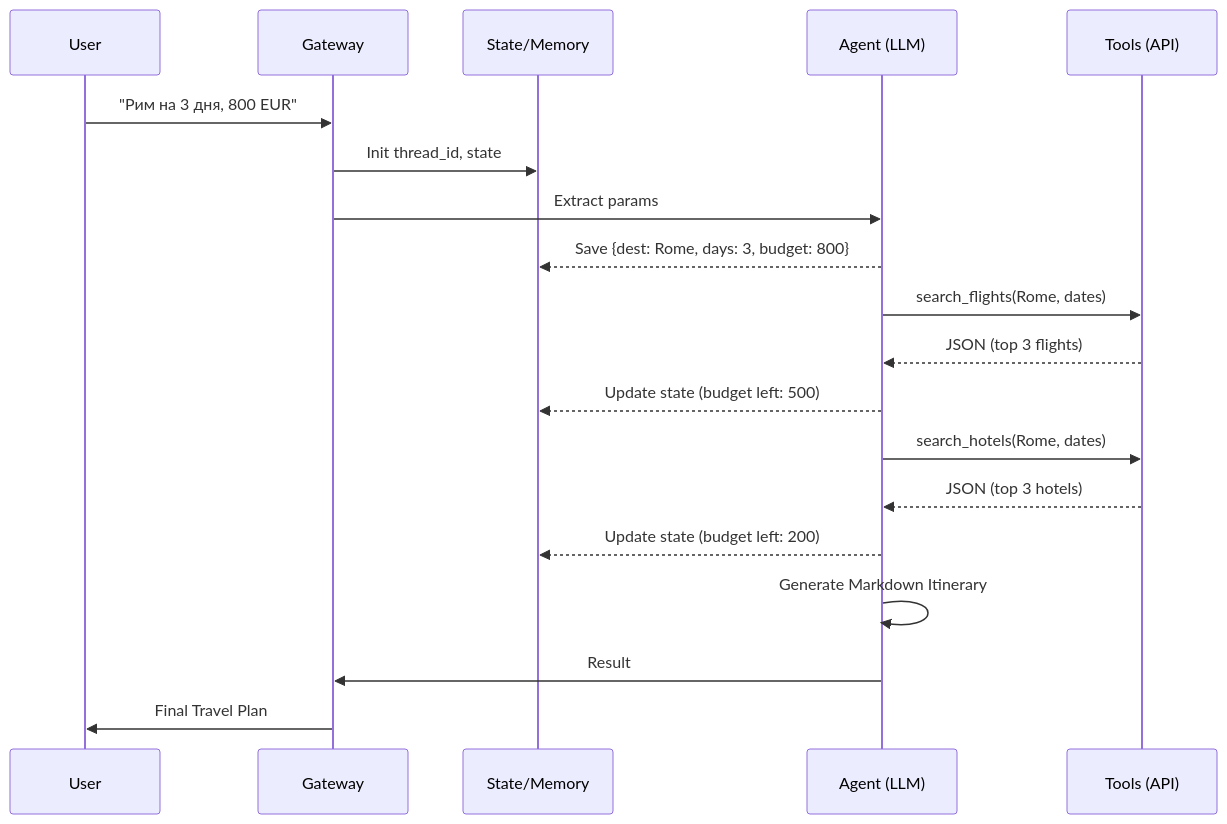
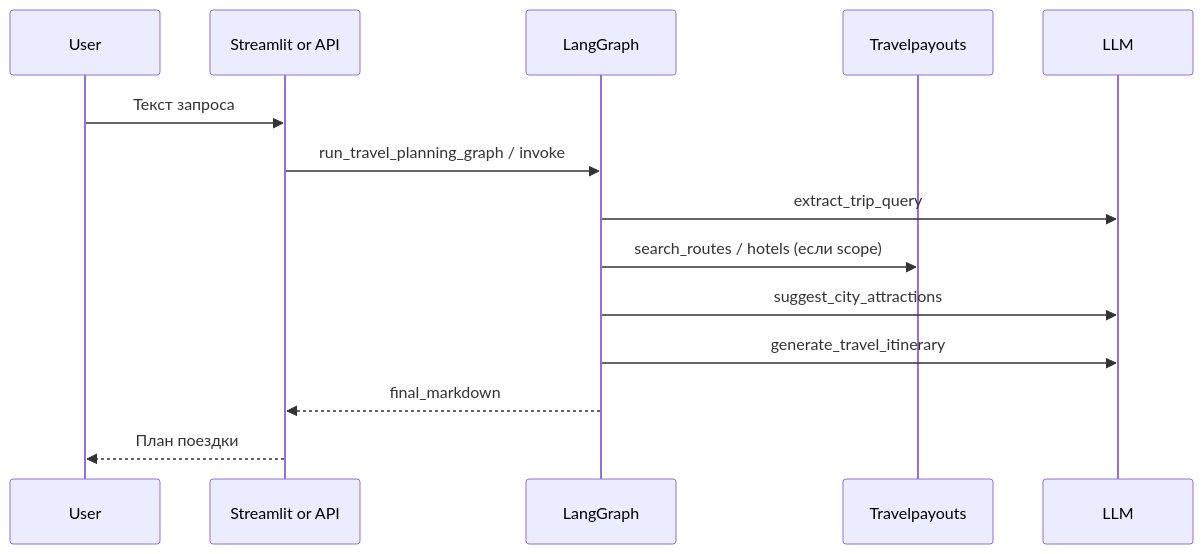
Before and after one commit to nastyakon14/AI_Travel_Planning_Agent: the diagram in docs/diagrams/data-flow.mmd, drawn with Mermaid. The commit also changed 42 other files, not shown here.

```diff
--- a/docs/diagrams/data-flow.mmd
+++ b/docs/diagrams/data-flow.mmd
@@ -1,20 +1,15 @@
 sequenceDiagram
     participant U as User
-    participant G as Gateway
-    participant S as State/Memory
-    participant A as Agent (LLM)
-    participant T as Tools (API)
+    participant App as Streamlit or API
+    participant G as LangGraph
+    participant TP as Travelpayouts
+    participant L as LLM
 
-    U->>G: "Рим на 3 дня, 800 EUR"
-    G->>S: Init thread_id, state
-    G->>A: Extract params
-    A-->>S: Save {dest: Rome, days: 3, budget: 800}
-    A->>T: search_flights(Rome, dates)
-    T-->>A: JSON (top 3 flights)
-    A-->>S: Update state (budget left: 500)
-    A->>T: search_hotels(Rome, dates)
-    T-->>A: JSON (top 3 hotels)
-    A-->>S: Update state (budget left: 200)
-    A->>A: Generate Markdown Itinerary
-    A->>G: Result
-    G->>U: Final Travel Plan
+    U->>App: Текст запроса
+    App->>G: run_travel_planning_graph / invoke
+    G->>L: extract_trip_query
+    G->>TP: search_routes / hotels (если scope)
+    G->>L: suggest_city_attractions
+    G->>L: generate_travel_itinerary
+    G-->>App: final_markdown
+    App-->>U: План поездки
```
